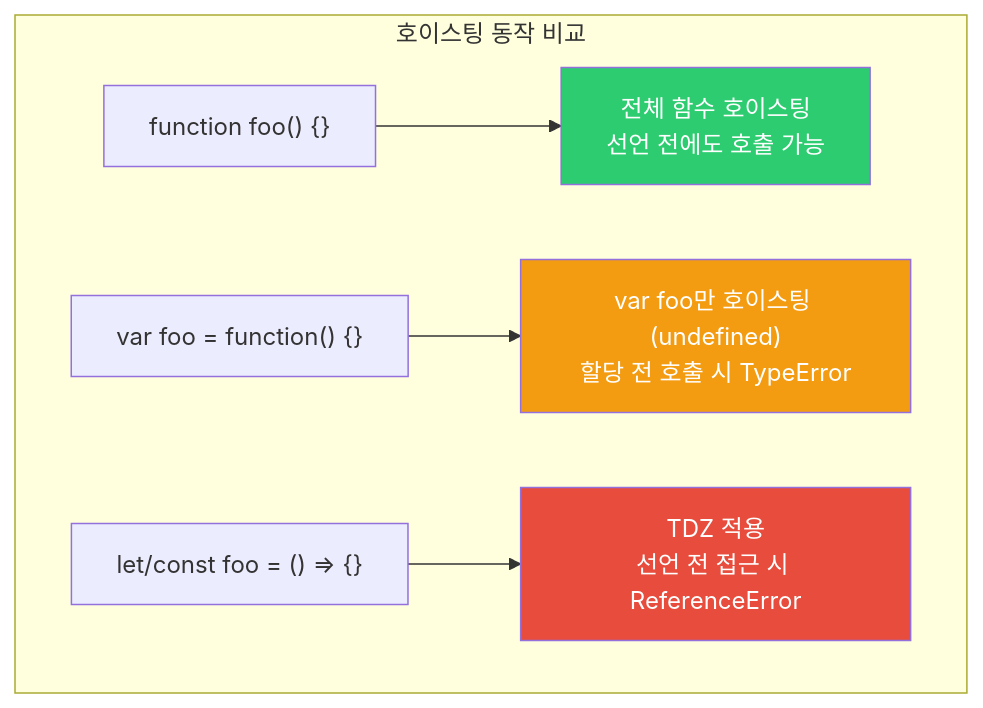
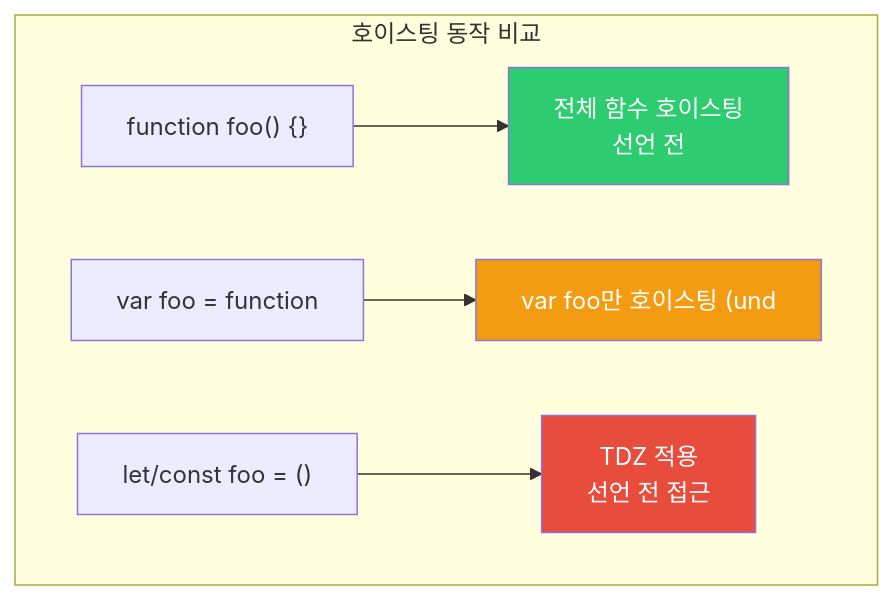
One commit to yjkim2015/yjkim2015.github.io changed the seventh of 9 diagrams in _posts/frontend/2026-05-02-js-var-let-const.md. Above: the diagram before and after it, drawn with Mermaid. The commit also changed other lines of this file and 271 other files, not shown here.

First line of the commit message:
Mermaid 라벨 축소: 긴 노드 텍스트 18자 이하로 트림 + \n 제거

````diff
--- a/_posts/frontend/2026-05-02-js-var-let-const.md
+++ b/_posts/frontend/2026-05-02-js-var-let-const.md
@@ -367,11 +367,11 @@
 ```mermaid
 flowchart TD
     subgraph "호이스팅 동작 비교"
-        A["function foo() {}"] --> A1["전체 함수 호이스팅<br>선언 전에도 호출 가능"]
-        B["var foo = function() {}"] --> B1["var foo만 호이스팅 (undefined)<br>할당 전 호출 시 TypeError"]
-        C["let/const foo = () => {}"] --> C1["TDZ 적용<br>선언 전 접근 시 ReferenceError"]
+        A["function foo() {}"] --> A1["전체 함수 호이스팅<br>선언 전"]
+        B["var foo = function"] --> B1["var foo만 호이스팅 (und"]
+        C["let/const foo = ()"] --> C1["TDZ 적용<br>선언 전 접근"]
     end
     style A1 fill:#2ecc71,color:#fff
     style B1 fill:#f39c12,color:#fff
     style C1 fill:#e74c3c,color:#fff
 ```
````
